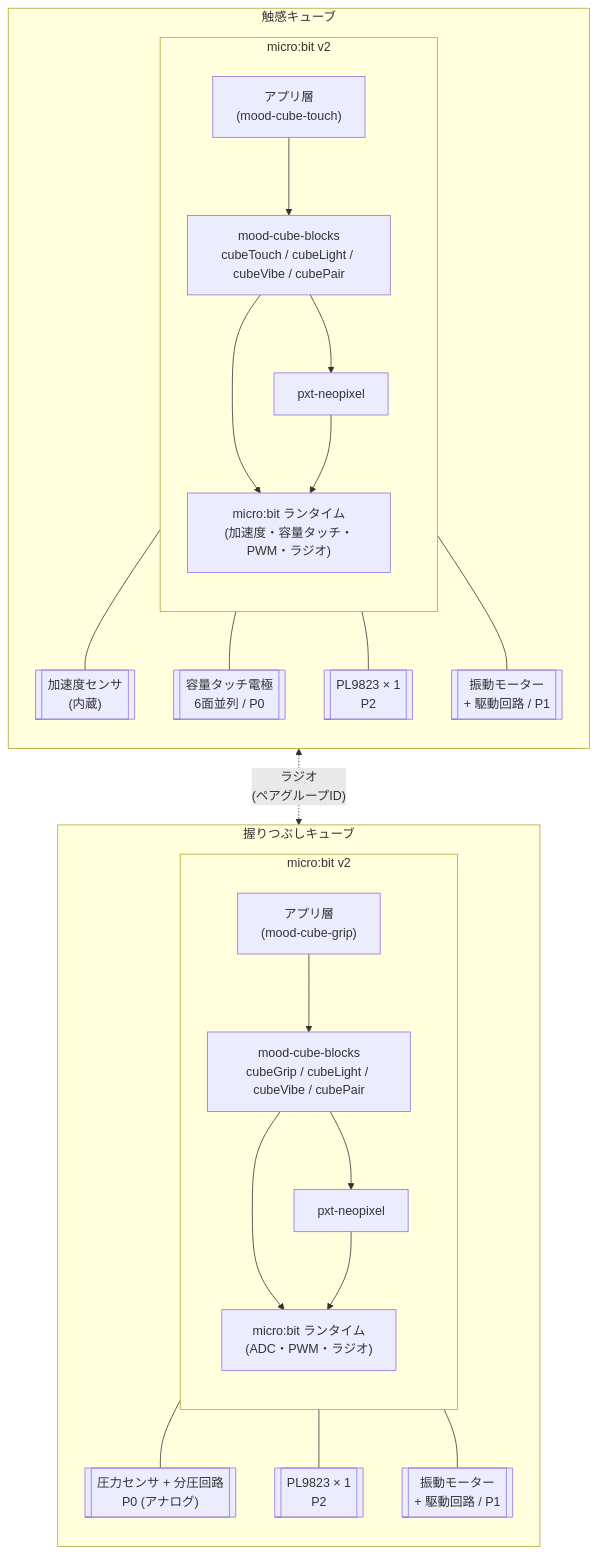
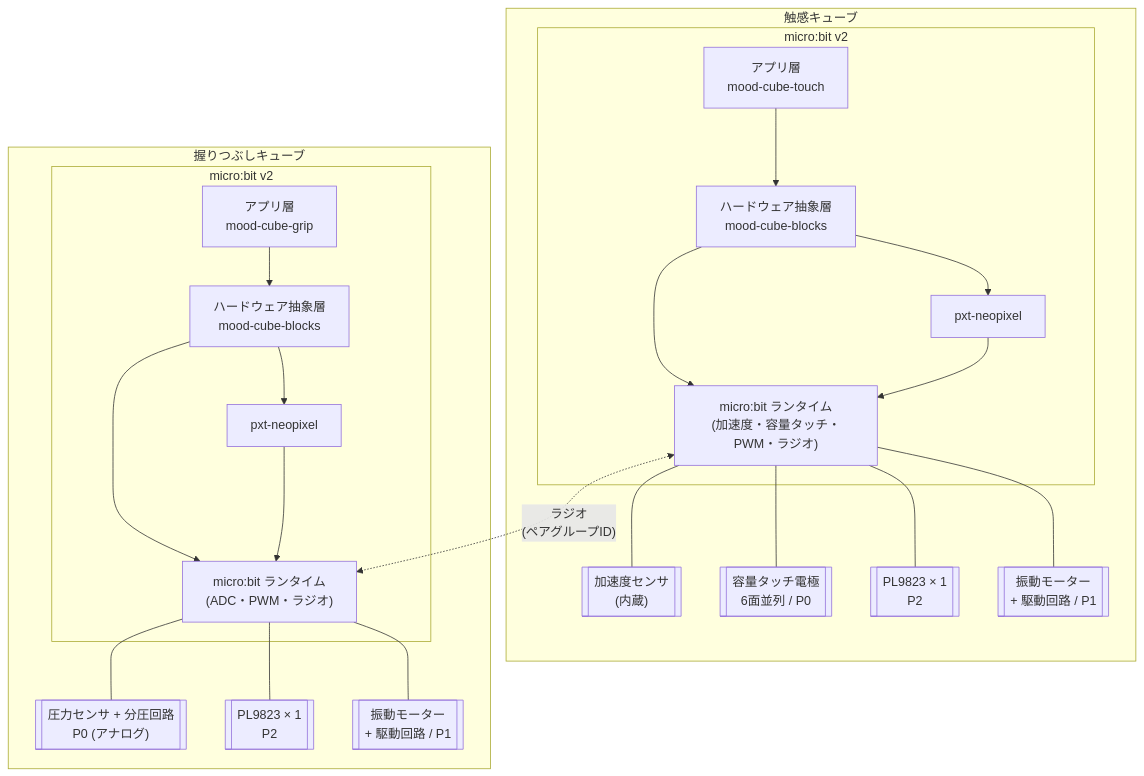
The diagram in docs/architecture.md (hideosasaki/mood-cube-blocks), drawn with Mermaid before and after one commit.

````diff
--- a/docs/architecture.md
+++ b/docs/architecture.md
@@ -23,48 +23,44 @@
 ```mermaid
 flowchart TB
     subgraph TouchCube["触感キューブ"]
-        direction TB
         subgraph TouchMbit["micro:bit v2"]
-            direction TB
-            TouchApp["アプリ層<br/>(mood-cube-touch)"]
-            TouchExt["mood-cube-blocks<br/>cubeTouch / cubeLight / cubeVibe / cubePair"]
+            TouchApp["アプリ層<br/>mood-cube-touch"]
+            TouchExt["ハードウェア抽象層<br/>mood-cube-blocks"]
             TouchNeo["pxt-neopixel"]
             TouchRuntime["micro:bit ランタイム<br/>(加速度・容量タッチ・PWM・ラジオ)"]
             TouchApp --> TouchExt
             TouchExt --> TouchNeo
             TouchExt --> TouchRuntime
             TouchNeo --> TouchRuntime
         end
         TouchAccel[["加速度センサ<br/>(内蔵)"]]
         TouchPins[["容量タッチ電極<br/>6面並列 / P0"]]
         TouchLed[["PL9823 × 1<br/>P2"]]
         TouchVibe[["振動モーター<br/>+ 駆動回路 / P1"]]
         TouchRuntime --- TouchAccel
         TouchRuntime --- TouchPins
         TouchRuntime --- TouchLed
         TouchRuntime --- TouchVibe
     end
 
     subgraph GripCube["握りつぶしキューブ"]
-        direction TB
         subgraph GripMbit["micro:bit v2"]
-            direction TB
-            GripApp["アプリ層<br/>(mood-cube-grip)"]
-            GripExt["mood-cube-blocks<br/>cubeGrip / cubeLight / cubeVibe / cubePair"]
+            GripApp["アプリ層<br/>mood-cube-grip"]
+            GripExt["ハードウェア抽象層<br/>mood-cube-blocks"]
             GripNeo["pxt-neopixel"]
             GripRuntime["micro:bit ランタイム<br/>(ADC・PWM・ラジオ)"]
             GripApp --> GripExt
             GripExt --> GripNeo
             GripExt --> GripRuntime
             GripNeo --> GripRuntime
         end
         GripPressure[["圧力センサ + 分圧回路<br/>P0 (アナログ)"]]
         GripLed[["PL9823 × 1<br/>P2"]]
         GripVibe[["振動モーター<br/>+ 駆動回路 / P1"]]
         GripRuntime --- GripPressure
         GripRuntime --- GripLed
         GripRuntime --- GripVibe
     end
 
     TouchRuntime <-. "ラジオ<br/>(ペアグループID)" .-> GripRuntime
 ```
````
